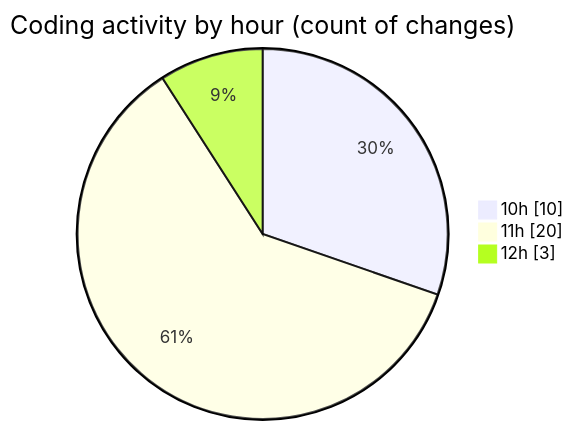
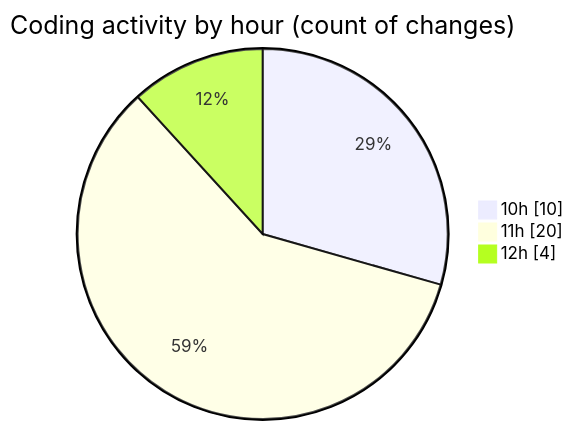
Before and after one commit to BS-eng2023/code-tracking: the second of 2 diagrams in 2025-03-31/jsvms/README.md, drawn with Mermaid. The commit also changed other lines of this file and 1 other file, not shown here.

````diff
--- a/2025-03-31/jsvms/README.md
+++ b/2025-03-31/jsvms/README.md
@@ -40,7 +40,7 @@
 ```mermaid
 pie showData
 title Coding activity by hour (count of changes)
 "10h" : 10
 "11h" : 20
-"12h" : 3
+"12h" : 4
 ```
````
